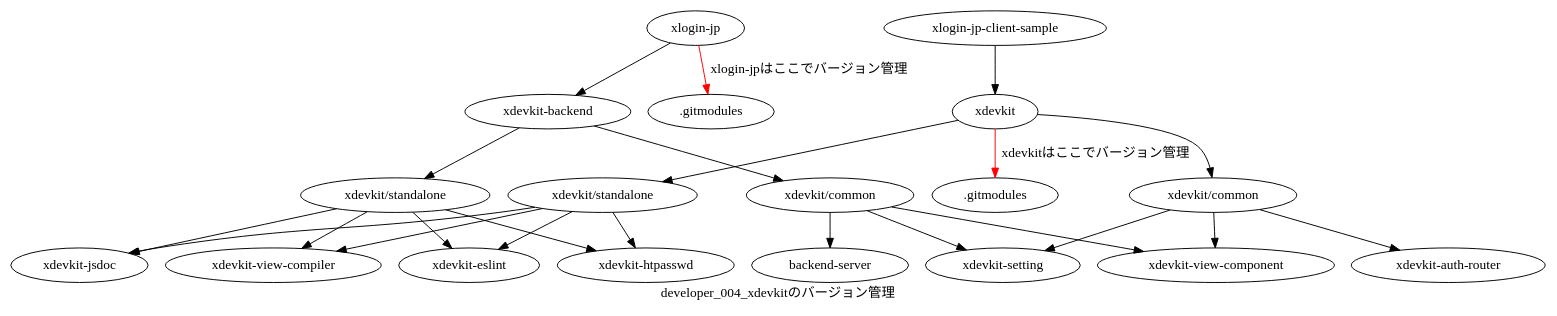
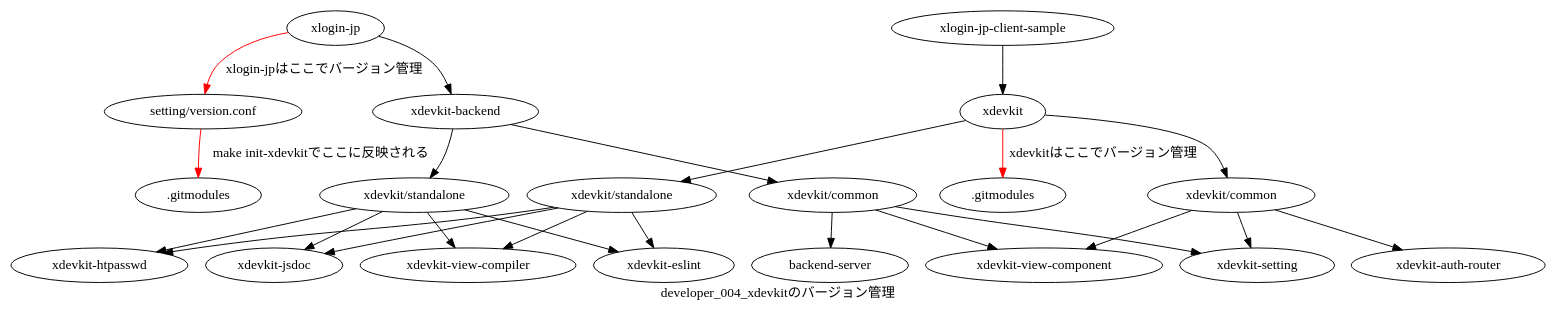
The diagram in doc/architecture/v2/src/developer/004_xdevkitのバージョン管理.dot (autoaim-jp/xlogin-jp), drawn with Graphviz before and after one commit. The commit also changed 1 other file, not shown here.

Commit message:
update: 004 dot setting/version.conf

```diff
--- a/doc/architecture/v2/src/developer/004_xdevkitのバージョン管理.dot
+++ b/doc/architecture/v2/src/developer/004_xdevkitのバージョン管理.dot
@@ -1,61 +1,63 @@
 digraph G {
   rankdir="TB"
   label="developer_004_xdevkitのバージョン管理"
   
   xlogin [label="xlogin-jp"]
   sample [label="xlogin-jp-client-sample"]
   
   x [label=xdevkit]
   xb [label="xdevkit-backend"]
   
   xdevkit_gitmodules [label=".gitmodules"]
   xlogin_gitmodules [label=".gitmodules"]
+  xlogin_version [label="setting/version.conf"]
   c [label="xdevkit/common"]
   s [label="xdevkit/standalone"]
   xb_c [label="xdevkit/common"]
   xb_s [label="xdevkit/standalone"]
 
   s_compiler [label="xdevkit-view-compiler"]
   s_eslint [label="xdevkit-eslint"]
   s_htpasswd [label="xdevkit-htpasswd"]
   s_jsdoc [label="xdevkit-jsdoc"]
   c_auth_router [label="xdevkit-auth-router"]
   c_setting [label="xdevkit-setting"]
   c_component [label="xdevkit-view-component"]
   
   c_backend_server [label="backend-server"]
   
 
   # xdevkit
   x -> c
   x -> s
   x -> xdevkit_gitmodules [label="xdevkitはここでバージョン管理" color=red]
   
   # submodule
   s -> s_compiler
   s -> s_eslint
   s -> s_htpasswd
   s -> s_jsdoc
   
   c -> c_auth_router
   c -> c_setting
   c -> c_component
   
 
   # app
   sample -> x
   xlogin -> xb
-  xlogin -> xlogin_gitmodules [label="xlogin-jpはここでバージョン管理" color=red]
+  xlogin -> xlogin_version [label="xlogin-jpはここでバージョン管理" color=red]
+  xlogin_version -> xlogin_gitmodules [label="make init-xdevkitでここに反映される" color=red]
   xb -> xb_c
   xb -> xb_s
   
   # xdevkit-backend
   xb_c -> c_setting
   xb_c -> c_component
   xb_c -> c_backend_server
   xb_s -> s_compiler
   xb_s -> s_eslint
   xb_s -> s_htpasswd
   xb_s -> s_jsdoc
   
 }
```
